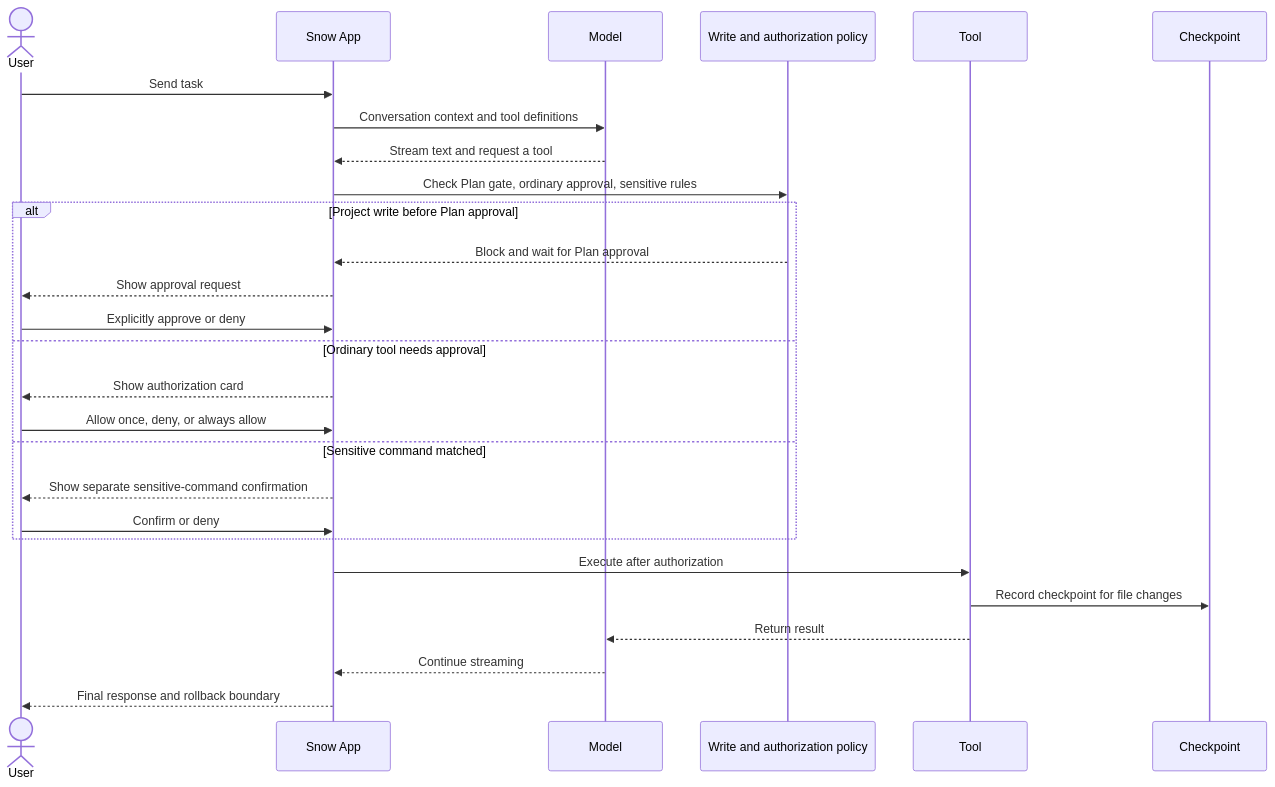
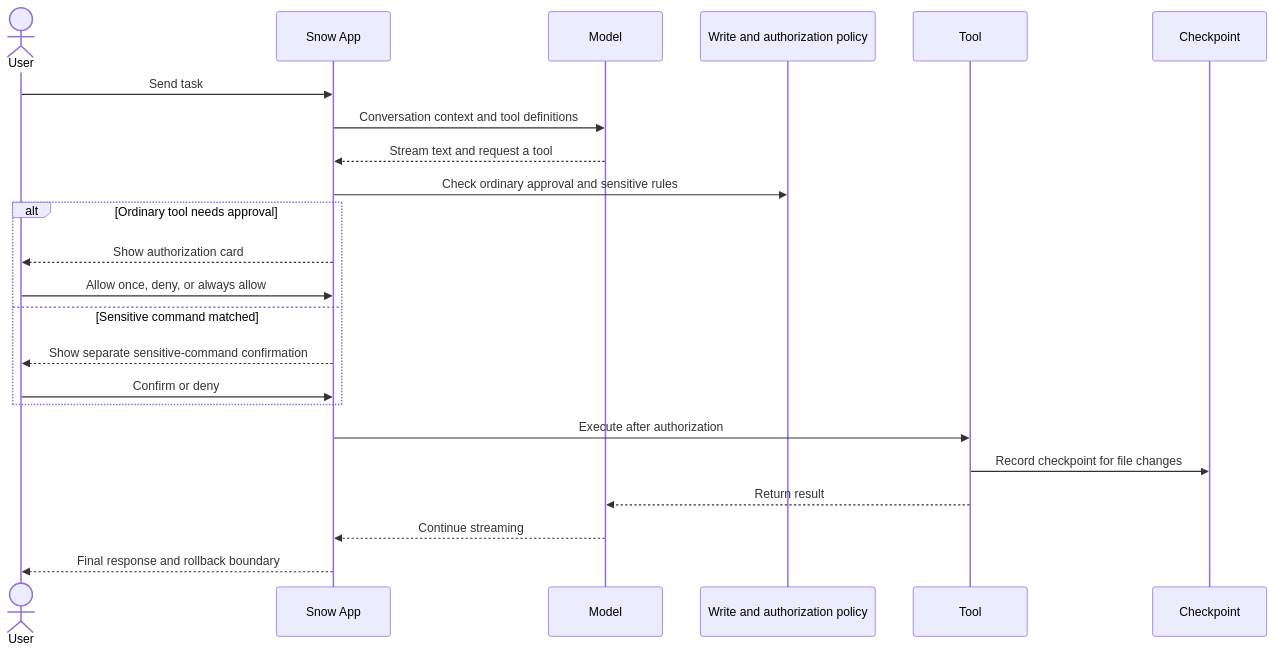
The second of 2 diagrams in docs/en/2-guides/10-using-chat-and-ai.md (BaSui01/snow-app), drawn with Mermaid before and after one commit. The commit also changed other lines of this file and 135 other files, not shown here.

````diff
--- a/docs/en/2-guides/10-using-chat-and-ai.md
+++ b/docs/en/2-guides/10-using-chat-and-ai.md
@@ -221,30 +203,26 @@
 ```mermaid
 sequenceDiagram
     actor User
     participant UI as Snow App
     participant AI as Model
     participant Policy as Write and authorization policy
     participant Tool
     participant CP as Checkpoint
 
     User->>UI: Send task
     UI->>AI: Conversation context and tool definitions
     AI-->>UI: Stream text and request a tool
-    UI->>Policy: Check Plan gate, ordinary approval, sensitive rules
-    alt Project write before Plan approval
-        Policy-->>UI: Block and wait for Plan approval
-        UI-->>User: Show approval request
-        User->>UI: Explicitly approve or deny
-    else Ordinary tool needs approval
+    UI->>Policy: Check ordinary approval and sensitive rules
+    alt Ordinary tool needs approval
         UI-->>User: Show authorization card
         User->>UI: Allow once, deny, or always allow
     else Sensitive command matched
         UI-->>User: Show separate sensitive-command confirmation
         User->>UI: Confirm or deny
     end
     UI->>Tool: Execute after authorization
     Tool->>CP: Record checkpoint for file changes
     Tool-->>AI: Return result
     AI-->>UI: Continue streaming
     UI-->>User: Final response and rollback boundary
 ```
````
